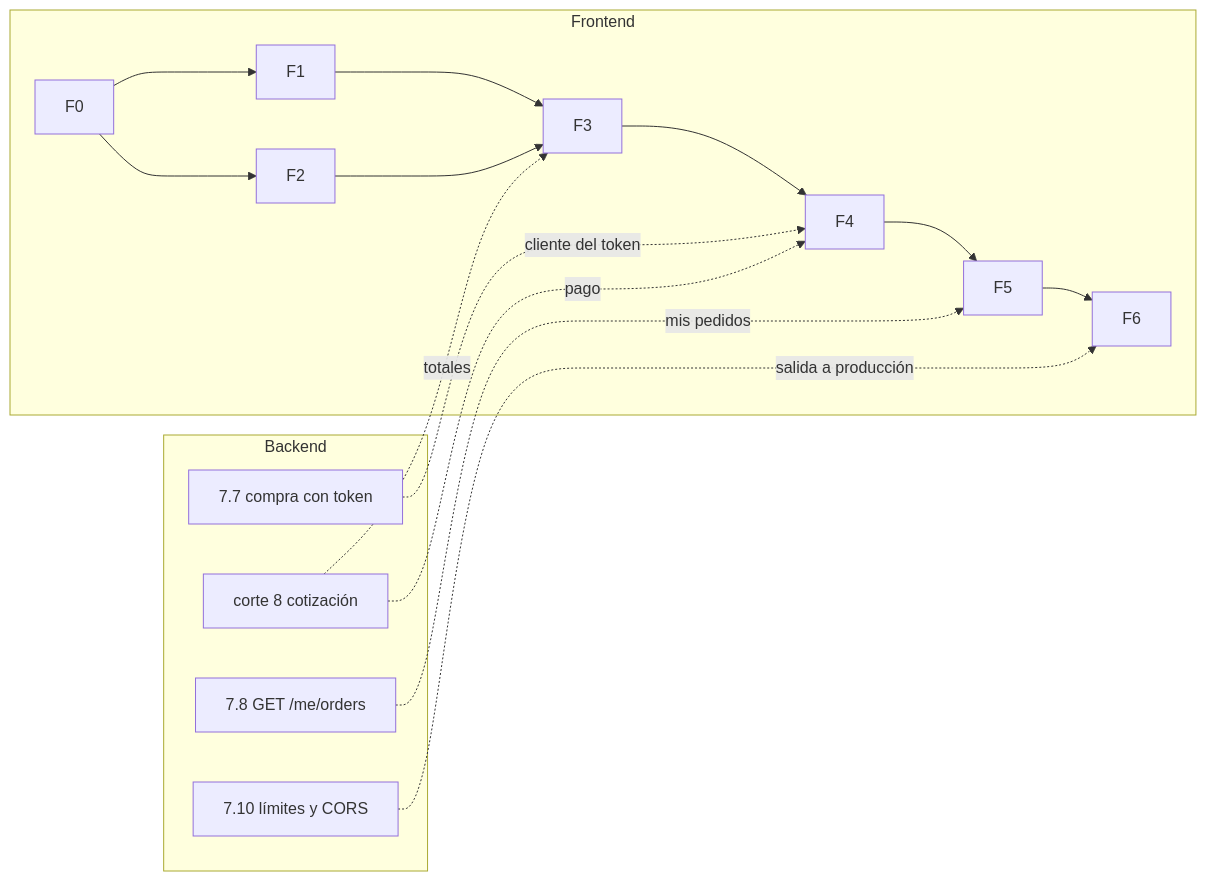
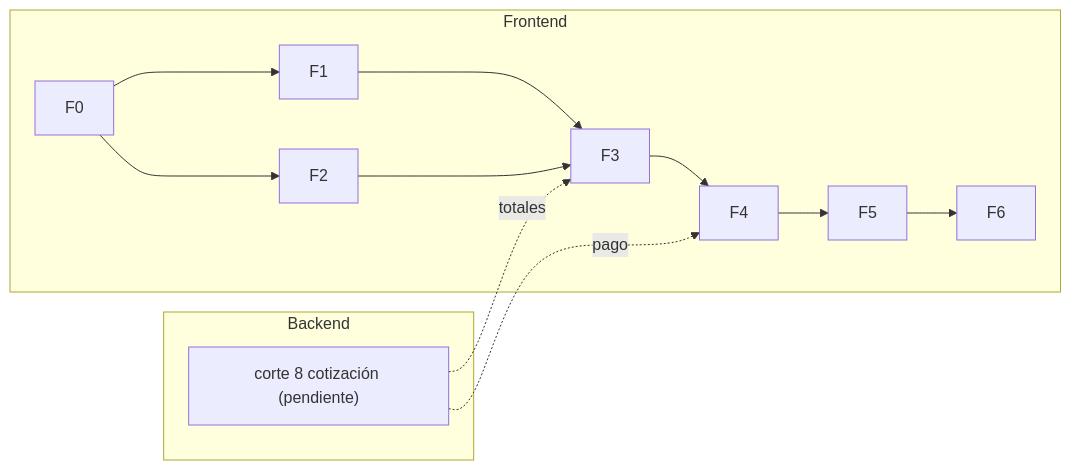
One commit to vorellana99/books-now-marketplace changed the diagram in docs/frontend/07-fases-y-roadmap.md. Above: the diagram before and after it, drawn with Mermaid. The commit also changed other lines of this file and 14 other files, not shown here.

````diff
--- a/docs/frontend/07-fases-y-roadmap.md
+++ b/docs/frontend/07-fases-y-roadmap.md
@@ -21,22 +21,16 @@
 ```mermaid
 flowchart LR
     subgraph FE["Frontend"]
         F0 --> F1 & F2
         F1 --> F3
         F2 --> F3
         F3 --> F4
         F4 --> F5
         F5 --> F6
     end
     subgraph BE["Backend"]
-        B7["7.7 compra con token"]
-        B8["7.8 GET /me/orders"]
-        B10["7.10 límites y CORS"]
-        B81["corte 8 cotización"]
+        B81["corte 8 cotización (pendiente)"]
     end
     B81 -. "totales" .-> F3
-    B7 -. "cliente del token" .-> F4
     B81 -. "pago" .-> F4
-    B8 -. "mis pedidos" .-> F5
-    B10 -. "salida a producción" .-> F6
 ```
````
